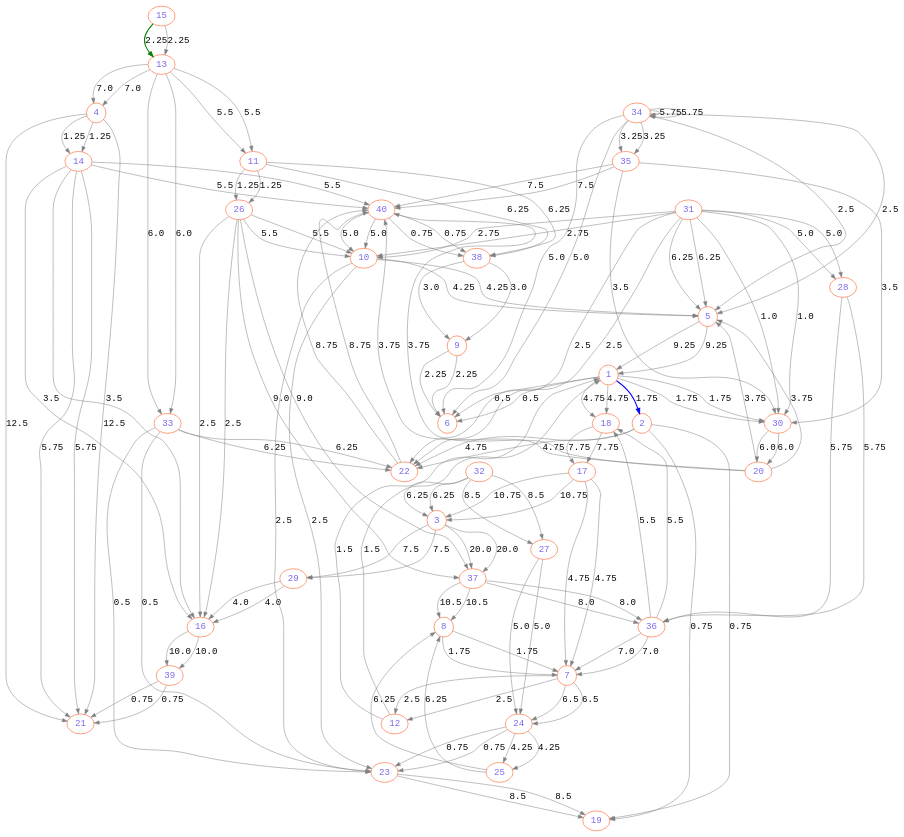
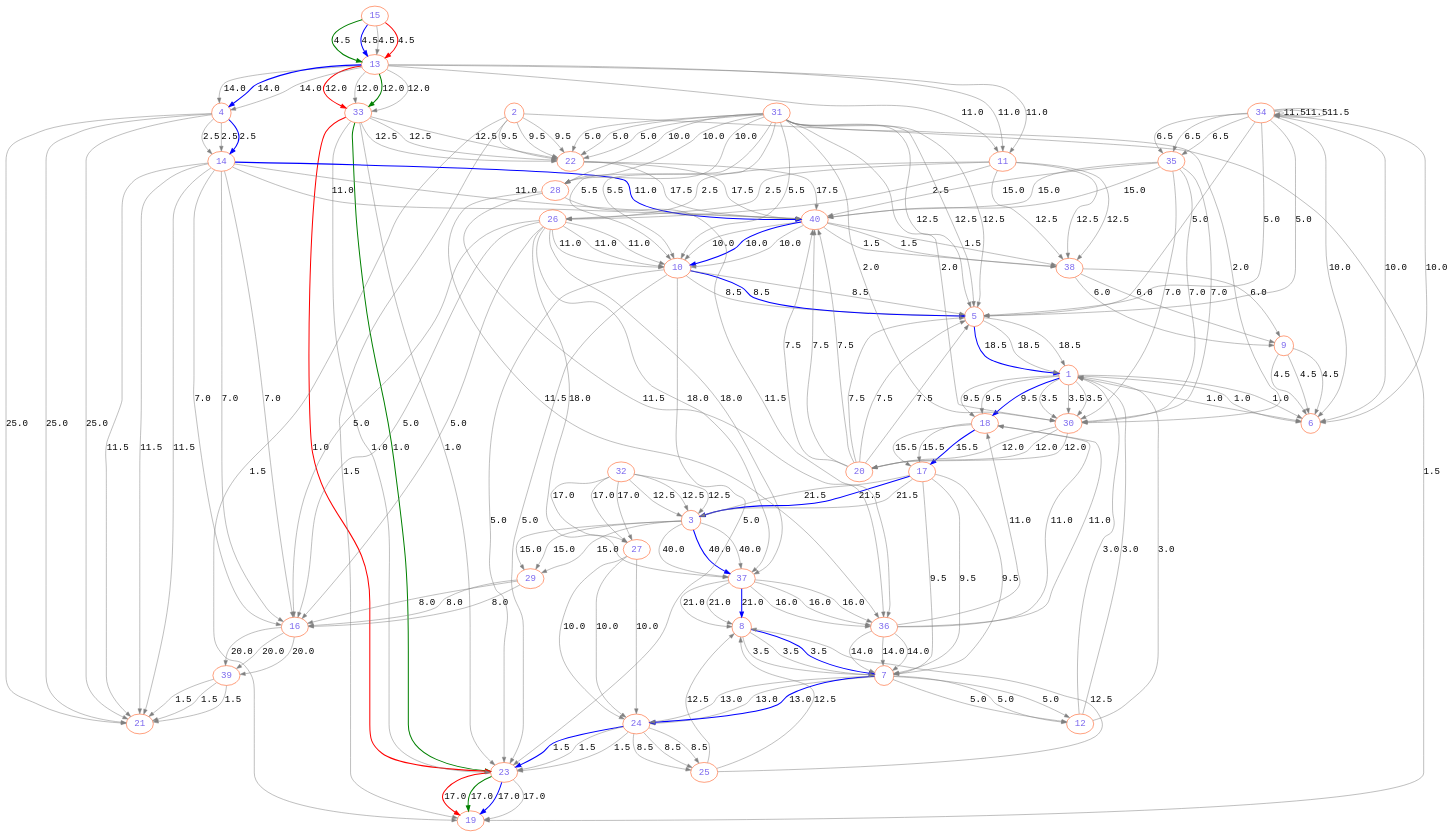
One commit to MaxTer43/TF-201414715-201416643-201810133-201910127 changed the diagram in image/graphTF.gv. Above: the diagram before and after it, drawn with Graphviz. The commit also changed 10 other files, not shown here.

```diff
--- a/image/graphTF.gv
+++ b/image/graphTF.gv
@@ -2,139 +2,209 @@
 	graph [layout=dot]
 	node [color=orangered fontcolor=mediumslateblue fontname=monospace fontsize=18 height=0.1 width=0.1]
 	edge [color=gray fontname=monospace fontsize=18]
-	15 -> 13 [label=2.25 color=green dir=forward penwidth=2]
-	1 -> 6 [label=0.5]
-	1 -> 18 [label=4.75]
-	1 -> 30 [label=1.75]
-	2 -> 19 [label=0.75]
-	2 -> 22 [label=4.75]
-	3 -> 29 [label=7.5]
-	3 -> 37 [label=20.0]
-	4 -> 14 [label=1.25]
-	4 -> 21 [label=12.5]
-	5 -> 1 [label=9.25]
-	7 -> 12 [label=2.5]
-	7 -> 24 [label=6.5]
-	8 -> 7 [label=1.75]
-	9 -> 6 [label=2.25]
-	10 -> 5 [label=4.25]
-	10 -> 23 [label=2.5]
-	11 -> 26 [label=1.25]
-	11 -> 38 [label=6.25]
-	12 -> 1 [label=1.5]
-	13 -> 4 [label=7.0]
-	13 -> 11 [label=5.5]
-	13 -> 33 [label=6.0]
-	14 -> 16 [label=3.5]
-	14 -> 21 [label=5.75]
-	14 -> 40 [label=5.5]
-	16 -> 39 [label=10.0]
-	17 -> 3 [label=10.75]
-	17 -> 7 [label=4.75]
-	18 -> 17 [label=7.75]
-	20 -> 5 [label=3.75]
-	20 -> 40 [label=3.75]
-	22 -> 40 [label=8.75]
-	23 -> 19 [label=8.5]
-	24 -> 23 [label=0.75]
-	24 -> 25 [label=4.25]
-	25 -> 8 [label=6.25]
-	26 -> 10 [label=5.5]
-	26 -> 16 [label=2.5]
-	26 -> 37 [label=9.0]
-	27 -> 24 [label=5.0]
-	28 -> 36 [label=5.75]
-	29 -> 16 [label=4.0]
-	30 -> 20 [label=6.0]
-	31 -> 5 [label=6.25]
-	31 -> 10 [label=2.75]
-	31 -> 22 [label=2.5]
-	31 -> 28 [label=5.0]
-	31 -> 30 [label=1.0]
-	32 -> 3 [label=6.25]
-	32 -> 27 [label=8.5]
-	33 -> 22 [label=6.25]
-	33 -> 23 [label=0.5]
-	34 -> 5 [label=2.5]
-	34 -> 6 [label=5.0]
-	34 -> 34 [label=5.75]
-	34 -> 35 [label=3.25]
-	35 -> 30 [label=3.5]
-	35 -> 40 [label=7.5]
-	36 -> 7 [label=7.0]
-	36 -> 18 [label=5.5]
-	37 -> 8 [label=10.5]
-	37 -> 36 [label=8.0]
-	38 -> 9 [label=3.0]
-	39 -> 21 [label=0.75]
-	40 -> 10 [label=5.0]
-	40 -> 38 [label=0.75]
-	1 -> 2 [label=1.75 color=blue dir=forward penwidth=2]
-	1 -> 6 [label=0.5]
-	1 -> 18 [label=4.75]
-	1 -> 30 [label=1.75]
-	2 -> 19 [label=0.75]
-	2 -> 22 [label=4.75]
-	3 -> 29 [label=7.5]
-	3 -> 37 [label=20.0]
-	4 -> 14 [label=1.25]
-	4 -> 21 [label=12.5]
-	5 -> 1 [label=9.25]
-	7 -> 12 [label=2.5]
-	7 -> 24 [label=6.5]
-	8 -> 7 [label=1.75]
-	9 -> 6 [label=2.25]
-	10 -> 5 [label=4.25]
-	10 -> 23 [label=2.5]
-	11 -> 26 [label=1.25]
-	11 -> 38 [label=6.25]
-	12 -> 1 [label=1.5]
-	13 -> 4 [label=7.0]
-	13 -> 11 [label=5.5]
-	13 -> 33 [label=6.0]
-	14 -> 16 [label=3.5]
-	14 -> 21 [label=5.75]
-	14 -> 40 [label=5.5]
-	15 -> 13 [label=2.25]
-	16 -> 39 [label=10.0]
-	17 -> 3 [label=10.75]
-	17 -> 7 [label=4.75]
-	18 -> 17 [label=7.75]
-	20 -> 5 [label=3.75]
-	20 -> 40 [label=3.75]
-	22 -> 40 [label=8.75]
-	23 -> 19 [label=8.5]
-	24 -> 23 [label=0.75]
-	24 -> 25 [label=4.25]
-	25 -> 8 [label=6.25]
-	26 -> 10 [label=5.5]
-	26 -> 16 [label=2.5]
-	26 -> 37 [label=9.0]
-	27 -> 24 [label=5.0]
-	28 -> 36 [label=5.75]
-	29 -> 16 [label=4.0]
-	30 -> 20 [label=6.0]
-	31 -> 5 [label=6.25]
-	31 -> 10 [label=2.75]
-	31 -> 22 [label=2.5]
-	31 -> 28 [label=5.0]
-	31 -> 30 [label=1.0]
-	32 -> 3 [label=6.25]
-	32 -> 27 [label=8.5]
-	33 -> 22 [label=6.25]
-	33 -> 23 [label=0.5]
-	34 -> 5 [label=2.5]
-	34 -> 6 [label=5.0]
-	34 -> 34 [label=5.75]
-	34 -> 35 [label=3.25]
-	35 -> 30 [label=3.5]
-	35 -> 40 [label=7.5]
-	36 -> 7 [label=7.0]
-	36 -> 18 [label=5.5]
-	37 -> 8 [label=10.5]
-	37 -> 36 [label=8.0]
-	38 -> 9 [label=3.0]
-	39 -> 21 [label=0.75]
-	40 -> 10 [label=5.0]
-	40 -> 38 [label=0.75]
+	15 -> 13 [label=4.5 color=green dir=forward penwidth=2]
+	23 -> 19 [label=17.0 color=green dir=forward penwidth=2]
+	33 -> 23 [label=1.0 color=green dir=forward penwidth=2]
+	13 -> 33 [label=12.0 color=green dir=forward penwidth=2]
+	1 -> 6 [label=1.0]
+	1 -> 18 [label=9.5]
+	1 -> 30 [label=3.5]
+	2 -> 19 [label=1.5]
+	2 -> 22 [label=9.5]
+	3 -> 29 [label=15.0]
+	3 -> 37 [label=40.0]
+	4 -> 14 [label=2.5]
+	4 -> 21 [label=25.0]
+	5 -> 1 [label=18.5]
+	7 -> 12 [label=5.0]
+	7 -> 24 [label=13.0]
+	8 -> 7 [label=3.5]
+	9 -> 6 [label=4.5]
+	10 -> 5 [label=8.5]
+	10 -> 23 [label=5.0]
+	11 -> 26 [label=2.5]
+	11 -> 38 [label=12.5]
+	12 -> 1 [label=3.0]
+	13 -> 4 [label=14.0]
+	13 -> 11 [label=11.0]
+	14 -> 16 [label=7.0]
+	14 -> 21 [label=11.5]
+	14 -> 40 [label=11.0]
+	16 -> 39 [label=20.0]
+	17 -> 3 [label=21.5]
+	17 -> 7 [label=9.5]
+	18 -> 17 [label=15.5]
+	20 -> 5 [label=7.5]
+	20 -> 40 [label=7.5]
+	22 -> 40 [label=17.5]
+	24 -> 23 [label=1.5]
+	24 -> 25 [label=8.5]
+	25 -> 8 [label=12.5]
+	26 -> 10 [label=11.0]
+	26 -> 16 [label=5.0]
+	26 -> 37 [label=18.0]
+	27 -> 24 [label=10.0]
+	28 -> 36 [label=11.5]
+	29 -> 16 [label=8.0]
+	30 -> 20 [label=12.0]
+	31 -> 5 [label=12.5]
+	31 -> 10 [label=5.5]
+	31 -> 22 [label=5.0]
+	31 -> 28 [label=10.0]
+	31 -> 30 [label=2.0]
+	32 -> 3 [label=12.5]
+	32 -> 27 [label=17.0]
+	33 -> 22 [label=12.5]
+	34 -> 5 [label=5.0]
+	34 -> 6 [label=10.0]
+	34 -> 34 [label=11.5]
+	34 -> 35 [label=6.5]
+	35 -> 30 [label=7.0]
+	35 -> 40 [label=15.0]
+	36 -> 7 [label=14.0]
+	36 -> 18 [label=11.0]
+	37 -> 8 [label=21.0]
+	37 -> 36 [label=16.0]
+	38 -> 9 [label=6.0]
+	39 -> 21 [label=1.5]
+	40 -> 10 [label=10.0]
+	40 -> 38 [label=1.5]
+	5 -> 1 [label=18.5 color=blue dir=forward penwidth=2]
+	17 -> 3 [label=21.5 color=blue dir=forward penwidth=2]
+	13 -> 4 [label=14.0 color=blue dir=forward penwidth=2]
+	10 -> 5 [label=8.5 color=blue dir=forward penwidth=2]
+	8 -> 7 [label=3.5 color=blue dir=forward penwidth=2]
+	37 -> 8 [label=21.0 color=blue dir=forward penwidth=2]
+	40 -> 10 [label=10.0 color=blue dir=forward penwidth=2]
+	15 -> 13 [label=4.5 color=blue dir=forward penwidth=2]
+	4 -> 14 [label=2.5 color=blue dir=forward penwidth=2]
+	18 -> 17 [label=15.5 color=blue dir=forward penwidth=2]
+	1 -> 18 [label=9.5 color=blue dir=forward penwidth=2]
+	23 -> 19 [label=17.0 color=blue dir=forward penwidth=2]
+	24 -> 23 [label=1.5 color=blue dir=forward penwidth=2]
+	7 -> 24 [label=13.0 color=blue dir=forward penwidth=2]
+	3 -> 37 [label=40.0 color=blue dir=forward penwidth=2]
+	14 -> 40 [label=11.0 color=blue dir=forward penwidth=2]
+	1 -> 6 [label=1.0]
+	1 -> 18 [label=9.5]
+	1 -> 30 [label=3.5]
+	2 -> 19 [label=1.5]
+	2 -> 22 [label=9.5]
+	3 -> 29 [label=15.0]
+	3 -> 37 [label=40.0]
+	4 -> 14 [label=2.5]
+	4 -> 21 [label=25.0]
+	5 -> 1 [label=18.5]
+	7 -> 12 [label=5.0]
+	7 -> 24 [label=13.0]
+	8 -> 7 [label=3.5]
+	9 -> 6 [label=4.5]
+	10 -> 5 [label=8.5]
+	10 -> 23 [label=5.0]
+	11 -> 26 [label=2.5]
+	11 -> 38 [label=12.5]
+	12 -> 1 [label=3.0]
+	13 -> 4 [label=14.0]
+	13 -> 11 [label=11.0]
+	13 -> 33 [label=12.0]
+	14 -> 16 [label=7.0]
+	14 -> 21 [label=11.5]
+	14 -> 40 [label=11.0]
+	15 -> 13 [label=4.5]
+	16 -> 39 [label=20.0]
+	17 -> 3 [label=21.5]
+	17 -> 7 [label=9.5]
+	18 -> 17 [label=15.5]
+	20 -> 5 [label=7.5]
+	20 -> 40 [label=7.5]
+	22 -> 40 [label=17.5]
+	23 -> 19 [label=17.0]
+	24 -> 23 [label=1.5]
+	24 -> 25 [label=8.5]
+	25 -> 8 [label=12.5]
+	26 -> 10 [label=11.0]
+	26 -> 16 [label=5.0]
+	26 -> 37 [label=18.0]
+	27 -> 24 [label=10.0]
+	28 -> 36 [label=11.5]
+	29 -> 16 [label=8.0]
+	30 -> 20 [label=12.0]
+	31 -> 5 [label=12.5]
+	31 -> 10 [label=5.5]
+	31 -> 22 [label=5.0]
+	31 -> 28 [label=10.0]
+	31 -> 30 [label=2.0]
+	32 -> 3 [label=12.5]
+	32 -> 27 [label=17.0]
+	33 -> 22 [label=12.5]
+	33 -> 23 [label=1.0]
+	34 -> 5 [label=5.0]
+	34 -> 6 [label=10.0]
+	34 -> 34 [label=11.5]
+	34 -> 35 [label=6.5]
+	35 -> 30 [label=7.0]
+	35 -> 40 [label=15.0]
+	36 -> 7 [label=14.0]
+	36 -> 18 [label=11.0]
+	37 -> 8 [label=21.0]
+	37 -> 36 [label=16.0]
+	38 -> 9 [label=6.0]
+	39 -> 21 [label=1.5]
+	40 -> 10 [label=10.0]
+	40 -> 38 [label=1.5]
+	15 -> 13 [label=4.5 color=red dir=forward penwidth=2]
+	23 -> 19 [label=17.0 color=red dir=forward penwidth=2]
+	33 -> 23 [label=1.0 color=red dir=forward penwidth=2]
+	13 -> 33 [label=12.0 color=red dir=forward penwidth=2]
+	1 -> 6 [label=1.0]
+	1 -> 30 [label=3.5]
+	2 -> 19 [label=1.5]
+	2 -> 22 [label=9.5]
+	3 -> 29 [label=15.0]
+	4 -> 21 [label=25.0]
+	7 -> 12 [label=5.0]
+	9 -> 6 [label=4.5]
+	10 -> 23 [label=5.0]
+	11 -> 26 [label=2.5]
+	11 -> 38 [label=12.5]
+	12 -> 1 [label=3.0]
+	13 -> 11 [label=11.0]
+	13 -> 33 [label=12.0]
+	14 -> 16 [label=7.0]
+	14 -> 21 [label=11.5]
+	16 -> 39 [label=20.0]
+	17 -> 7 [label=9.5]
+	20 -> 5 [label=7.5]
+	20 -> 40 [label=7.5]
+	22 -> 40 [label=17.5]
+	24 -> 25 [label=8.5]
+	25 -> 8 [label=12.5]
+	26 -> 10 [label=11.0]
+	26 -> 16 [label=5.0]
+	26 -> 37 [label=18.0]
+	27 -> 24 [label=10.0]
+	28 -> 36 [label=11.5]
+	29 -> 16 [label=8.0]
+	30 -> 20 [label=12.0]
+	31 -> 5 [label=12.5]
+	31 -> 10 [label=5.5]
+	31 -> 22 [label=5.0]
+	31 -> 28 [label=10.0]
+	31 -> 30 [label=2.0]
+	32 -> 3 [label=12.5]
+	32 -> 27 [label=17.0]
+	33 -> 22 [label=12.5]
+	33 -> 23 [label=1.0]
+	34 -> 5 [label=5.0]
+	34 -> 6 [label=10.0]
+	34 -> 34 [label=11.5]
+	34 -> 35 [label=6.5]
+	35 -> 30 [label=7.0]
+	35 -> 40 [label=15.0]
+	36 -> 7 [label=14.0]
+	36 -> 18 [label=11.0]
+	37 -> 36 [label=16.0]
+	38 -> 9 [label=6.0]
+	39 -> 21 [label=1.5]
+	40 -> 38 [label=1.5]
 }
```
